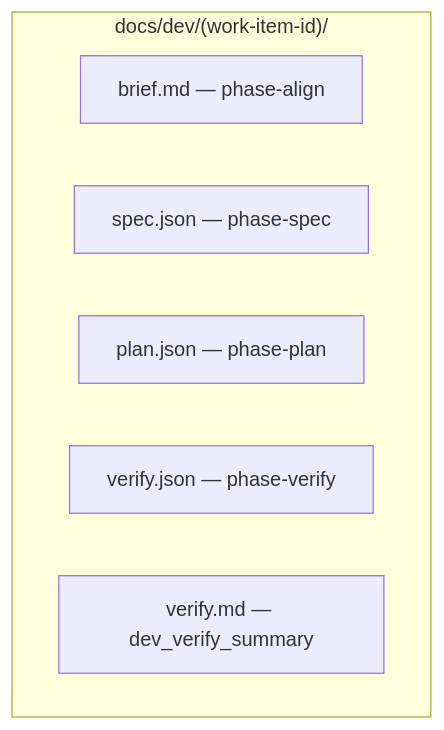
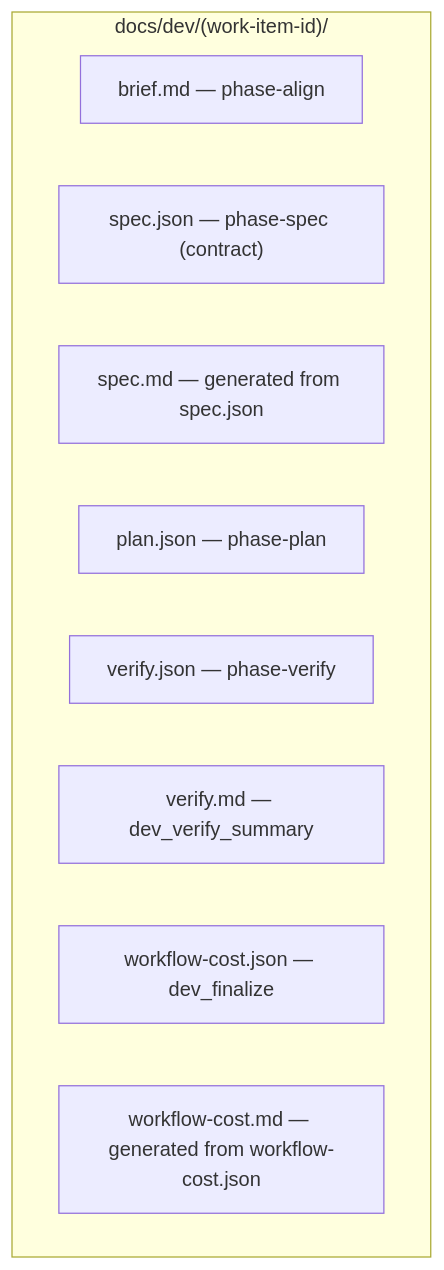
One commit to cshirley/accord changed the first of 2 diagrams in docs/artifacts.md. Above: the diagram before and after it, drawn with Mermaid. The commit also changed other lines of this file and 338 other files, not shown here.

````diff
--- a/docs/artifacts.md
+++ b/docs/artifacts.md
@@ -7,10 +7,13 @@
 ```mermaid
 flowchart TB
   subgraph dev["docs/dev/(work-item-id)/"]
     brief["brief.md — phase-align"]
-    spec["spec.json — phase-spec"]
+    spec["spec.json — phase-spec (contract)"]
+    specmd["spec.md — generated from spec.json"]
     plan["plan.json — phase-plan"]
     vjson["verify.json — phase-verify"]
     vmd["verify.md — dev_verify_summary"]
+    wcjson["workflow-cost.json — dev_finalize"]
+    wcmd["workflow-cost.md — generated from workflow-cost.json"]
   end
 ```
````
